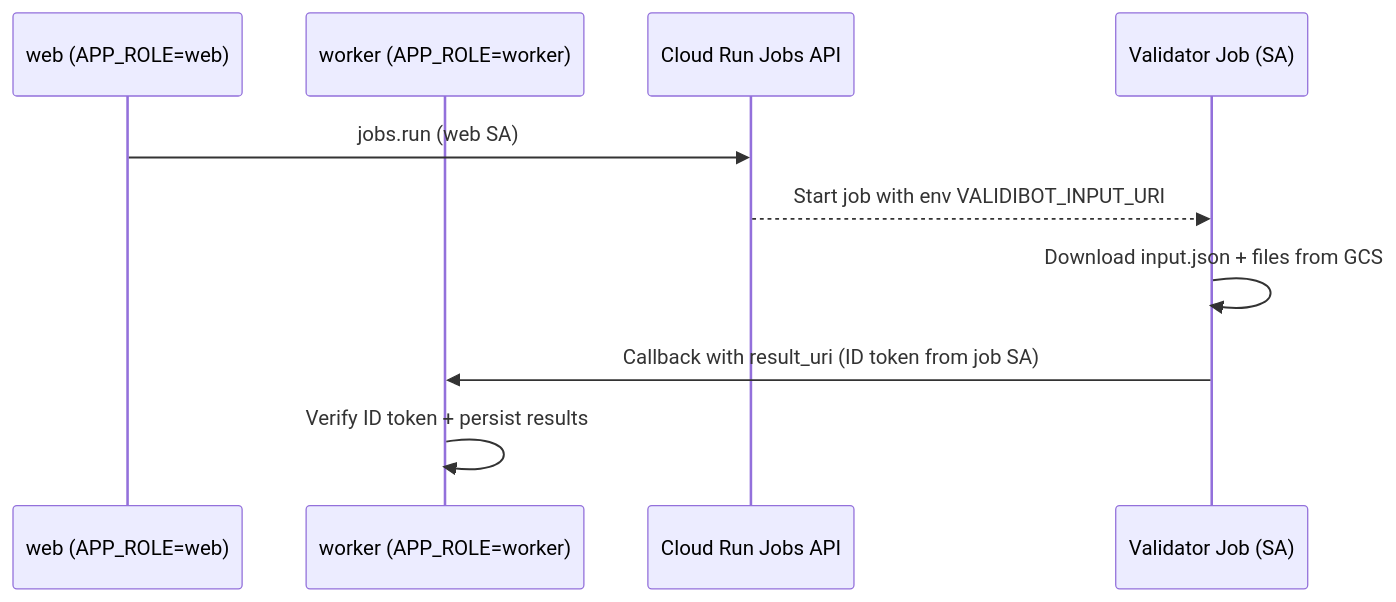
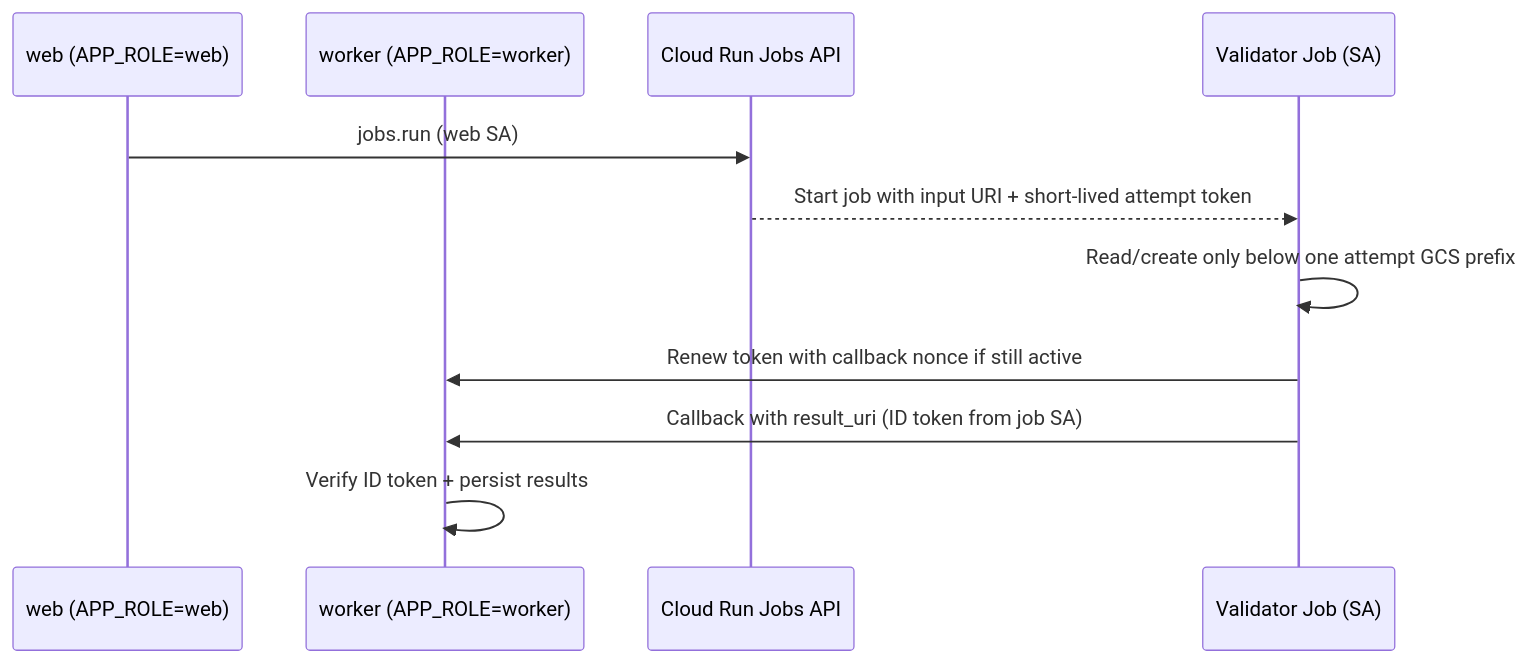
Before and after one commit to danielmcquillen/validibot: the first of 2 diagrams in docs/dev_docs/validator_jobs_cloud_run.md, drawn with Mermaid. The commit also changed other lines of this file and 22 other files, not shown here.

First line of the commit message:
feat(storage): issue attempt-scoped GCS runtime authority

````diff
--- a/docs/dev_docs/validator_jobs_cloud_run.md
+++ b/docs/dev_docs/validator_jobs_cloud_run.md
@@ -21,13 +21,14 @@
 ```mermaid
 sequenceDiagram
     participant Web as web (APP_ROLE=web)
     participant Worker as worker (APP_ROLE=worker)
     participant JobsAPI as Cloud Run Jobs API
     participant Job as Validator Job (SA)
 
     Web->>JobsAPI: jobs.run (web SA)
-    JobsAPI-->>Job: Start job with env VALIDIBOT_INPUT_URI
-    Job->>Job: Download input.json + files from GCS
+    JobsAPI-->>Job: Start job with input URI + short-lived attempt token
+    Job->>Job: Read/create only below one attempt GCS prefix
+    Job->>Worker: Renew token with callback nonce if still active
     Job->>Worker: Callback with result_uri (ID token from job SA)
     Worker->>Worker: Verify ID token + persist results
 ```
````
